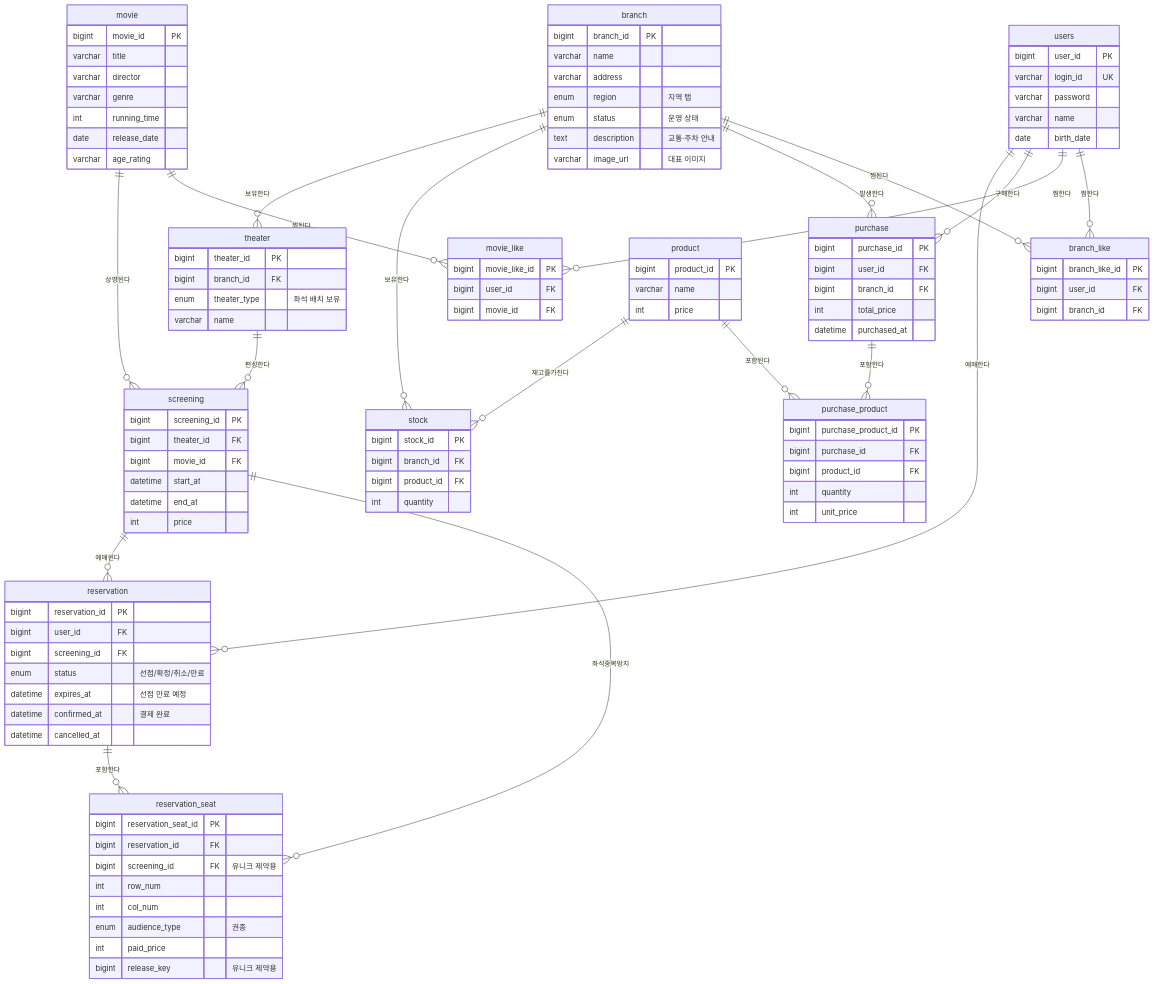
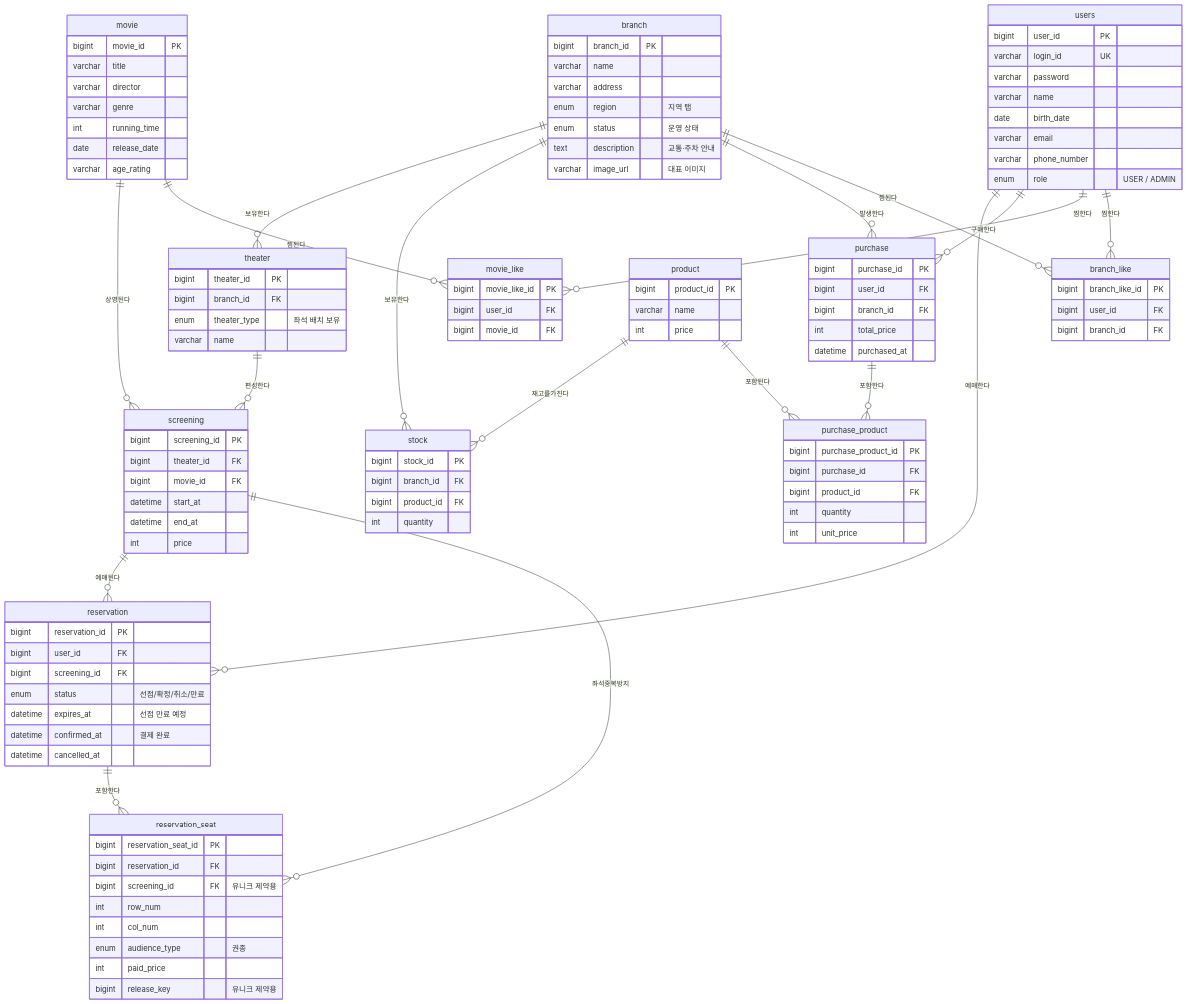
One commit to CEOS-Developers/spring-cgv-24th changed the first of 2 diagrams in README.md. Above: the diagram before and after it, drawn with Mermaid. The commit also changed other lines of this file and 1 other file, not shown here.

```diff
--- a/README.md
+++ b/README.md
@@ -29,6 +29,9 @@
         varchar password
         varchar name
         date birth_date
+        varchar email
+        varchar phone_number
+        enum role "USER / ADMIN"
     }
     branch {
         bigint branch_id PK
```
